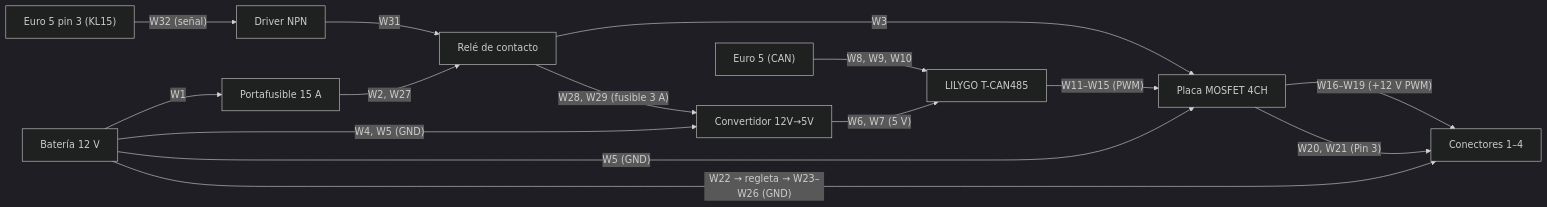
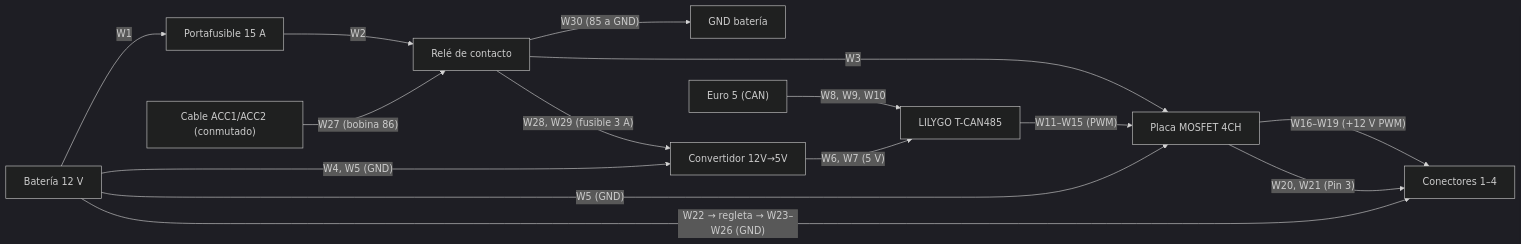
One commit to EduRestrepo/KTM-Bus changed the diagram in EsquematicoConexiones.md. Above: the diagram before and after it, drawn with Mermaid (dark theme). The commit also changed other lines of this file and 8 other files, not shown here.

Commit message:
Relé de contacto mandado por ACC1/ACC2 de la moto; se elimina el driver NPN y el uso del pin 3 Euro 5

````diff
--- a/EsquematicoConexiones.md
+++ b/EsquematicoConexiones.md
@@ -114,17 +111,17 @@
 ```mermaid
 graph LR
     BAT["Batería 12 V"] -->|W1| FUSE["Portafusible 15 A"]
-    FUSE -->|"W2, W27"| REL["Relé de contacto"]
-    EURO3["Euro 5 pin 3 (KL15)"] -->|"W32 (señal)"| DRV["Driver NPN"]
-    DRV -->|W31| REL
+    FUSE -->|"W2"| REL["Relé de contacto"]
+    ACC["Cable ACC1/ACC2 (conmutado)"] -->|"W27 (bobina 86)"| REL
+    REL -->|"W30 (85 a GND)"| GNDB["GND batería"]
     REL -->|W3| MOS["Placa MOSFET 4CH"]
     REL -->|"W28, W29 (fusible 3 A)"| DCDC["Convertidor 12V→5V"]
     BAT -->|"W4, W5 (GND)"| DCDC
     BAT -->|"W5 (GND)"| MOS
     DCDC -->|"W6, W7 (5 V)"| LILY["LILYGO T-CAN485"]
     EURO5["Euro 5 (CAN)"] -->|"W8, W9, W10"| LILY
     LILY -->|"W11–W15 (PWM)"| MOS
     MOS -->|"W16–W19 (+12 V PWM)"| CON["Conectores 1–4"]
     MOS -->|"W20, W21 (Pin 3)"| CON
     BAT -->|"W22 → regleta → W23–W26 (GND)"| CON
 ```
````
